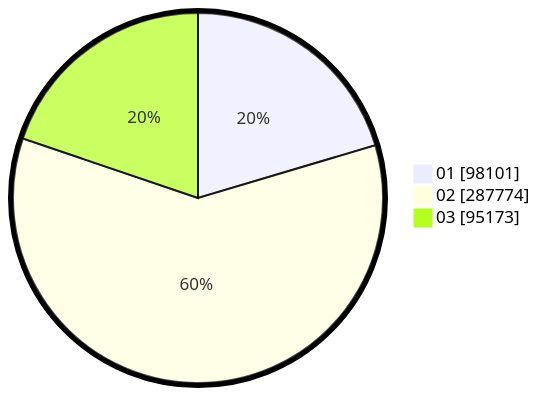
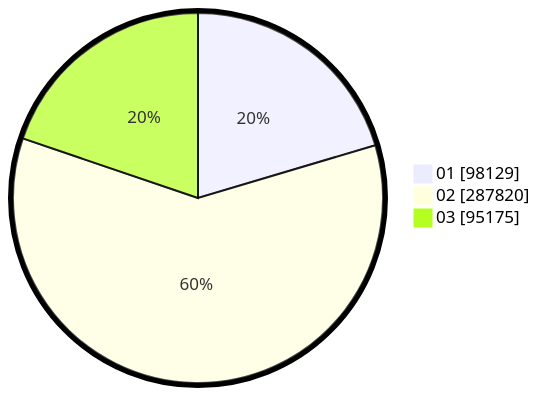
One commit to gigit-pemilu/pemilu-2024 changed the second of 2 diagrams in pilpres/hitung-suara/sub/table-wilayah-99.md. Above: the diagram before and after it, drawn with Mermaid. The commit also changed other lines of this file and 7 other files, not shown here.

````diff
--- a/pilpres/hitung-suara/sub/table-wilayah-99.md
+++ b/pilpres/hitung-suara/sub/table-wilayah-99.md
@@ -15,7 +15,7 @@
 ```mermaid
 %%{init: {"pie": {"textPosition": 0.5}, "themeVariables": {"pieOuterStrokeWidth": "5px"}} }%%
 pie showData
-    "01" : 98101
-    "02" : 287774
-    "03" : 95173
+    "01" : 98129
+    "02" : 287820
+    "03" : 95175
 ```
````
